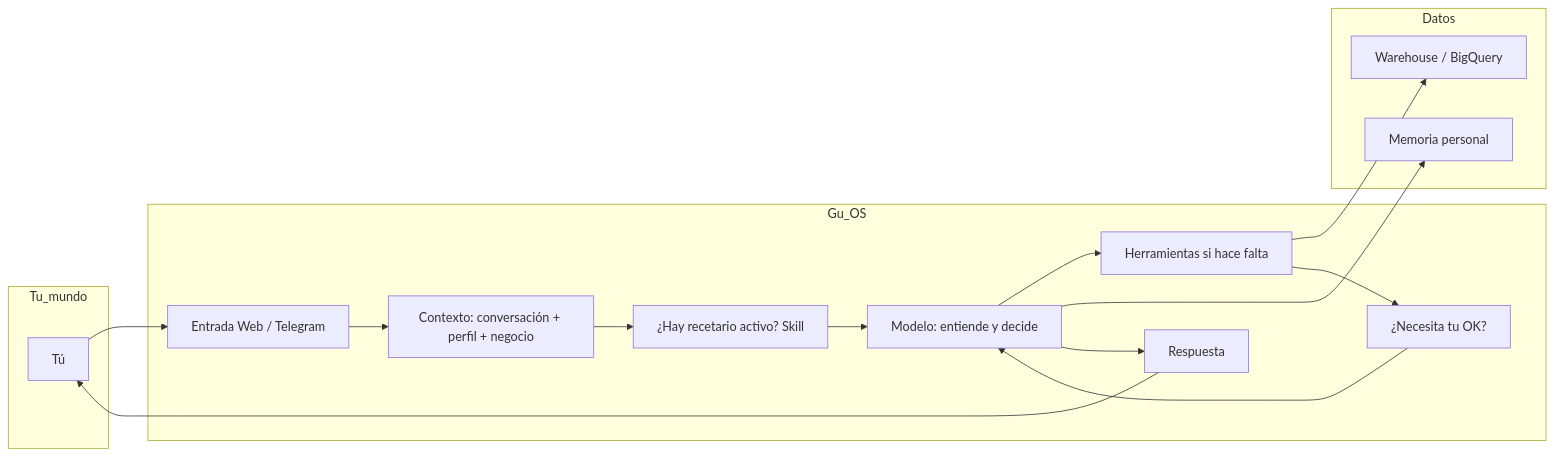
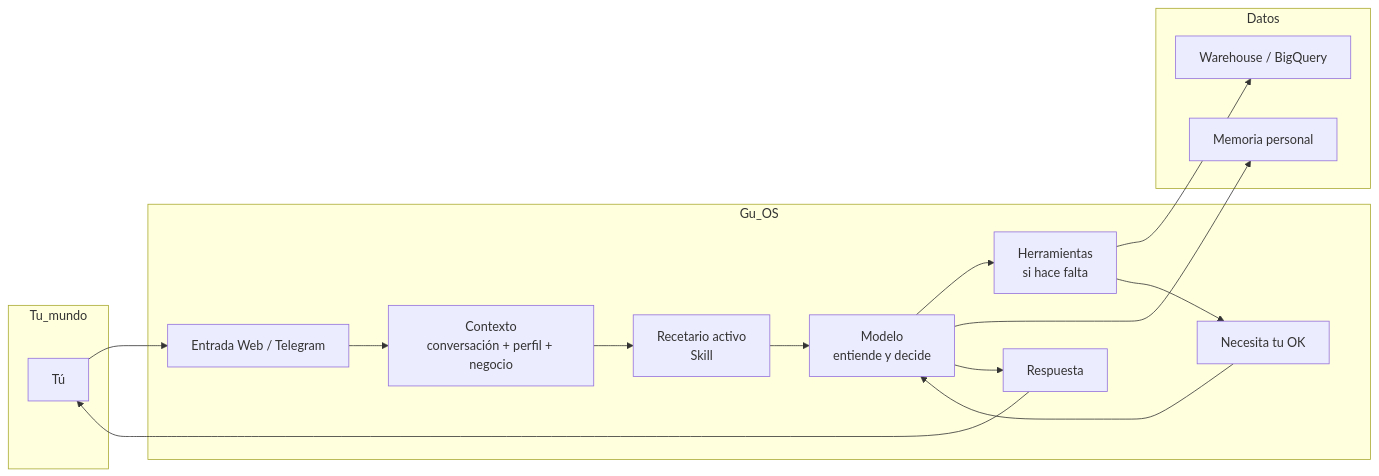
One commit to janotowers/10x-builders-agent changed the second of 4 diagrams in docs/manuals/gu-os-understanding.md. Above: the diagram before and after it, drawn with Mermaid. The commit also changed other lines of this file and 4 other files, not shown here.

````diff
--- a/docs/manuals/gu-os-understanding.md
+++ b/docs/manuals/gu-os-understanding.md
@@ -62,29 +85,29 @@
 ```mermaid
 flowchart LR
   subgraph Tu_mundo
     U[Tú]
   end
 
   subgraph Gu_OS
     IN[Entrada Web / Telegram]
-    CTX[Contexto: conversación + perfil + negocio]
-    SK[¿Hay recetario activo? Skill]
-    LM[Modelo: entiende y decide]
-    TL[Herramientas si hace falta]
-    APR[¿Necesita tu OK?]
+    CTX[Contexto<br/>conversación + perfil + negocio]
+    SK[Recetario activo<br/>Skill]
+    LM[Modelo<br/>entiende y decide]
+    TL[Herramientas<br/>si hace falta]
+    APR[Necesita tu OK]
     OUT[Respuesta]
   end
 
   subgraph Datos
     WH[Warehouse / BigQuery]
     MEM[Memoria personal]
   end
 
   U --> IN --> CTX --> SK --> LM
   LM --> TL
   TL --> WH
   LM --> MEM
   TL --> APR
   APR --> LM
   LM --> OUT --> U
 ```
````
